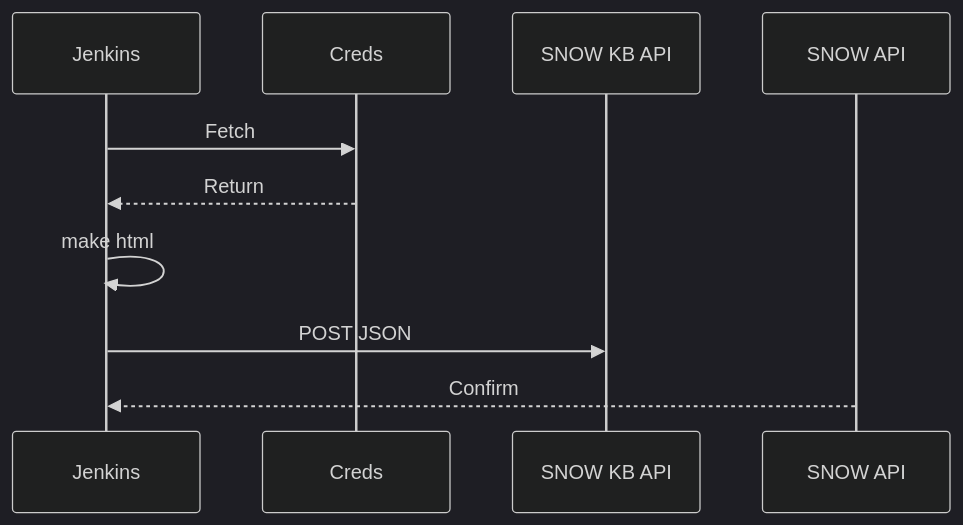
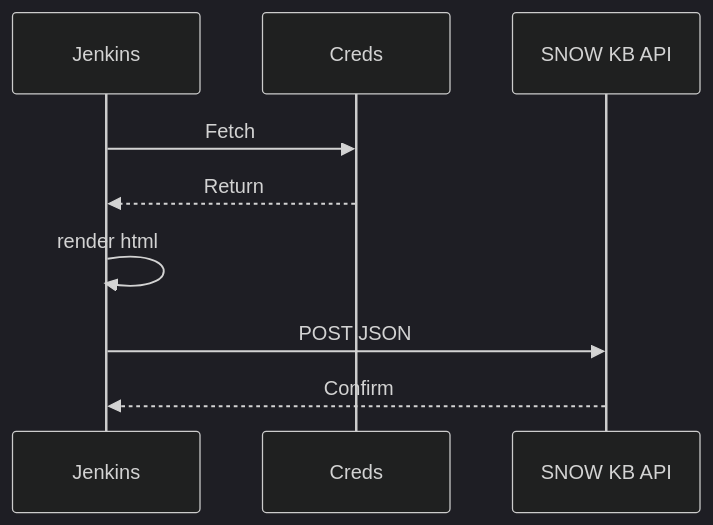
One commit to buckeye43210/markdown-to-snowkb changed the tenth of 11 diagrams in README.md. Above: the diagram before and after it, drawn with Mermaid (dark theme).

````diff
--- a/README.md
+++ b/README.md
@@ -533,8 +533,8 @@
 ```mermaid
 sequenceDiagram
     Jenkins->>Creds: Fetch
     Creds-->>Jenkins: Return
-    Jenkins->>Jenkins: make html
+    Jenkins->>Jenkins: render html
     Jenkins->>SNOW KB API: POST JSON
-    SNOW API-->>Jenkins: Confirm
+    SNOW KB API-->>Jenkins: Confirm
 ```
````
